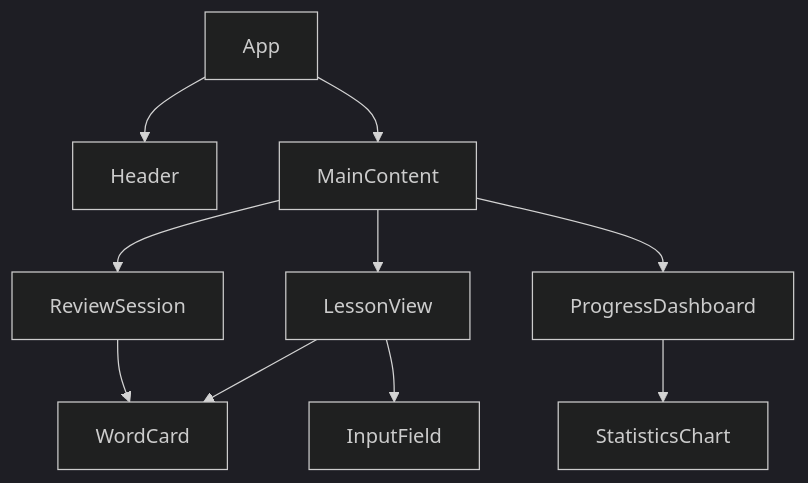
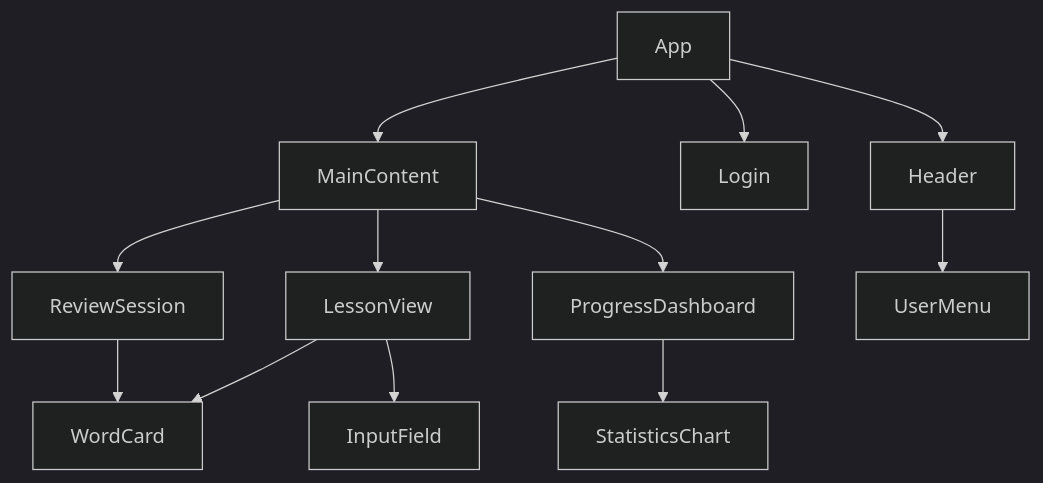
One commit to alex-heritier/kilocode_cloud_agent_playground changed the second of 3 diagrams in ARCHITECTURE.md. Above: the diagram before and after it, drawn with Mermaid (dark theme). The commit also changed other lines of this file, not shown here.

First line of the commit message:
Refine n+1 strategy for fixed card introduction order

````diff
--- a/ARCHITECTURE.md
+++ b/ARCHITECTURE.md
@@ -44,12 +47,14 @@
 ```mermaid
 graph TD
     A[App] --> B[Header]
-    A --> C[MainContent]
-    C --> D[LessonView]
-    C --> E[ReviewSession]
-    C --> F[ProgressDashboard]
-    D --> G[WordCard]
-    D --> H[InputField]
-    E --> G
-    F --> I[StatisticsChart]
+    A --> C[Login]
+    A --> D[MainContent]
+    D --> E[LessonView]
+    D --> F[ReviewSession]
+    D --> G[ProgressDashboard]
+    E --> H[WordCard]
+    E --> I[InputField]
+    F --> H
+    G --> J[StatisticsChart]
+    B --> K[UserMenu]
 ```
````
